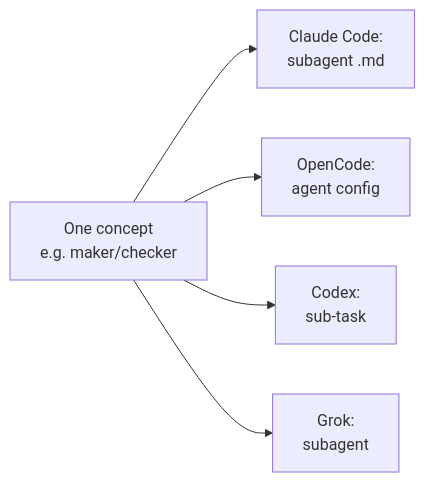
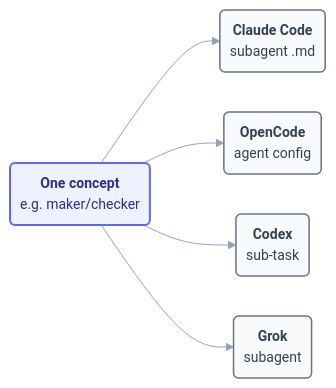
The diagram in docs/00-foundations/primitives-matrix.md (ayeshakhalid192007-dev/LoopEngineering-CrashCourse), drawn with Mermaid before and after one commit. The commit also changed 14 other files, not shown here.

First line of the commit message:
Polish Day 1 mermaid diagrams; log the checker/link-check re-run

````diff
--- a/docs/00-foundations/primitives-matrix.md
+++ b/docs/00-foundations/primitives-matrix.md
@@ -30,7 +30,10 @@
 ```mermaid
+%%{init: {'theme':'base','themeVariables':{'fontFamily':'ui-sans-serif, system-ui, sans-serif','fontSize':'14px','lineColor':'#94a3b8'},'flowchart':{'curve':'basis','nodeSpacing':40,'rankSpacing':70,'padding':10}}}%%
 flowchart LR
-    CONCEPT[One concept<br/>e.g. maker/checker] --> CC[Claude Code:<br/>subagent .md]
-    CONCEPT --> OC[OpenCode:<br/>agent config]
-    CONCEPT --> CX[Codex:<br/>sub-task]
-    CONCEPT --> GK[Grok:<br/>subagent]
+    CONCEPT("<b>One concept</b><br/>e.g. maker/checker"):::concept --> CC("<b>Claude Code</b><br/>subagent .md"):::tool
+    CONCEPT --> OC("<b>OpenCode</b><br/>agent config"):::tool
+    CONCEPT --> CX("<b>Codex</b><br/>sub-task"):::tool
+    CONCEPT --> GK("<b>Grok</b><br/>subagent"):::tool
+    classDef concept fill:#eef2ff,stroke:#6366f1,stroke-width:2px,color:#312e81;
+    classDef tool fill:#f8fafc,stroke:#64748b,stroke-width:1.5px,color:#334155;
 ```
````
